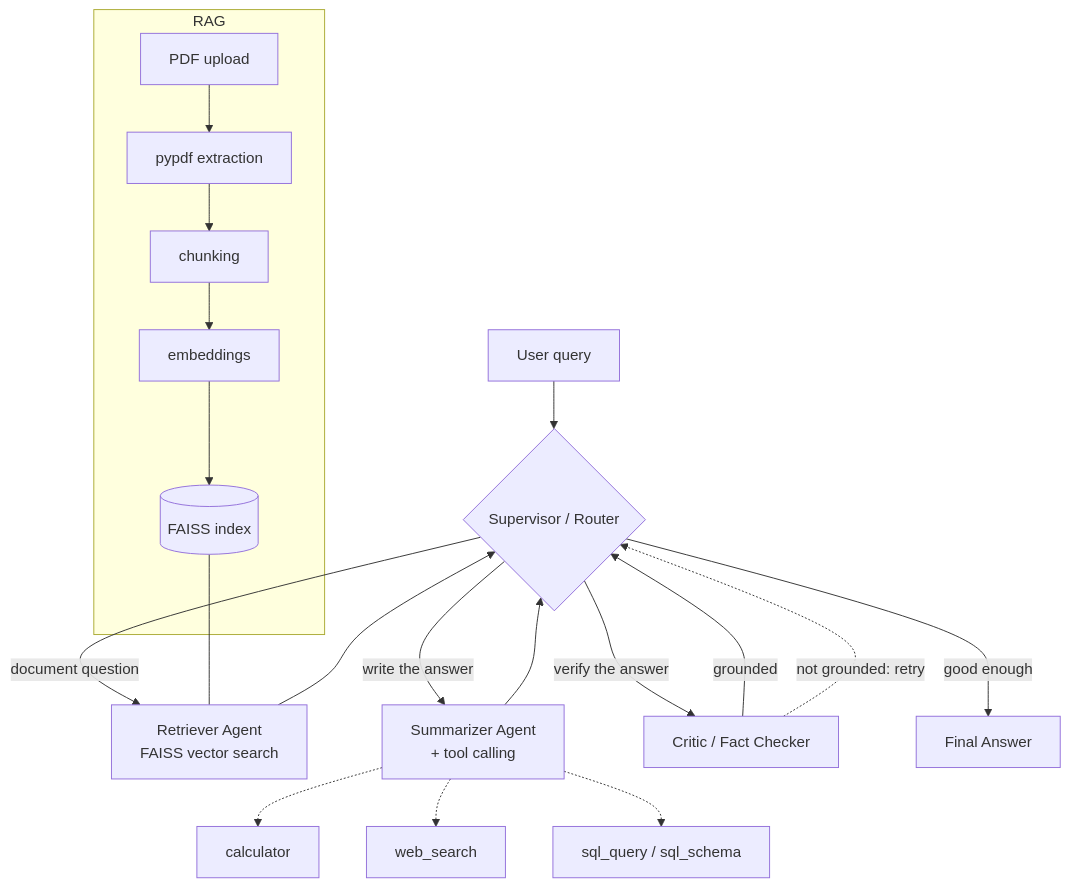
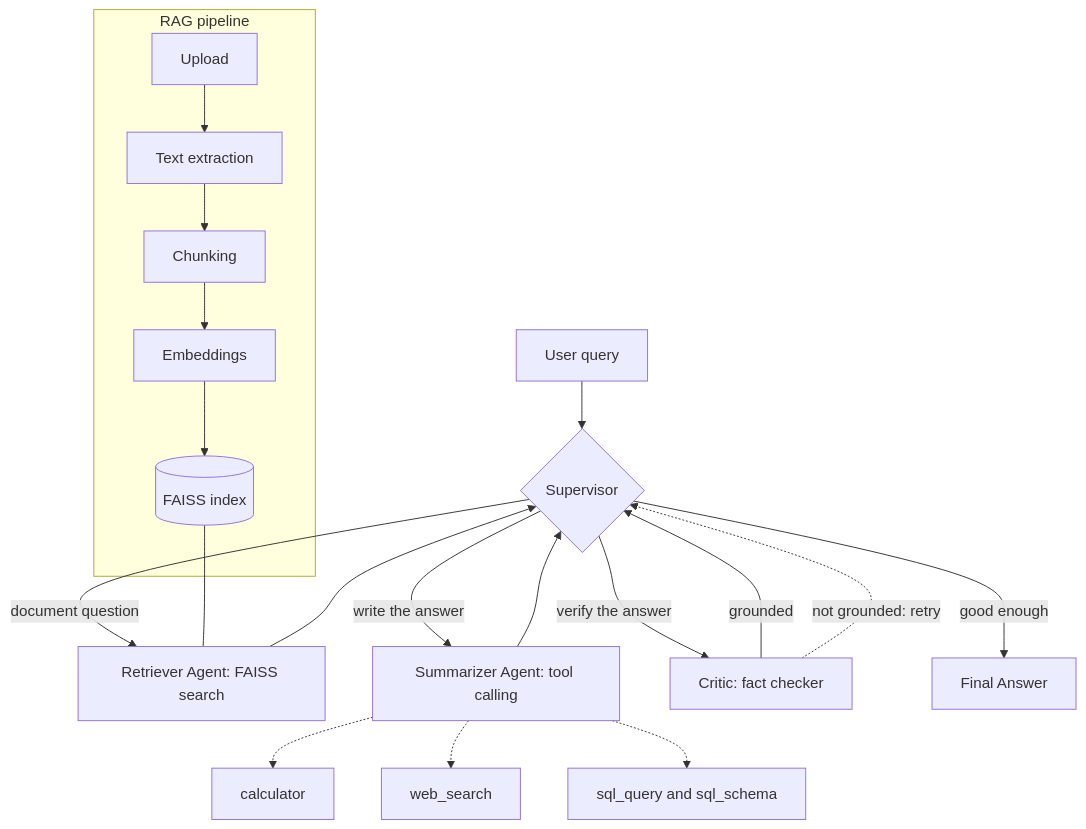
One commit to adityapal2964/Multi-Agent-Document-Intelligence-System changed the diagram in README.md. Above: the diagram before and after it, drawn with Mermaid. The commit also changed other lines of this file, not shown here.

````diff
--- a/README.md
+++ b/README.md
@@ -35,22 +26,22 @@
 ```mermaid
 flowchart TD
-    U[User query] --> S{Supervisor / Router}
-    S -->|document question| R[Retriever Agent<br/>FAISS vector search]
-    S -->|write the answer| SU[Summarizer Agent<br/>+ tool calling]
-    S -->|verify the answer| C[Critic / Fact Checker]
-    S -->|good enough| F[Final Answer]
+    U["User query"] --> S{"Supervisor"}
+    S -->|"document question"| R["Retriever Agent: FAISS search"]
+    S -->|"write the answer"| SU["Summarizer Agent: tool calling"]
+    S -->|"verify the answer"| C["Critic: fact checker"]
+    S -->|"good enough"| F["Final Answer"]
 
     R --> S
     SU --> S
-    C -->|grounded| S
-    C -.->|not grounded: retry| S
+    C -->|"grounded"| S
+    C -.->|"not grounded: retry"| S
 
-    SU -.-> T1[calculator]
-    SU -.-> T2[web_search]
-    SU -.-> T3[sql_query / sql_schema]
+    SU -.-> T1["calculator"]
+    SU -.-> T2["web_search"]
+    SU -.-> T3["sql_query and sql_schema"]
 
-    subgraph RAG
-        D[PDF upload] --> E[pypdf extraction] --> CH[chunking] --> EM[embeddings] --> VS[(FAISS index)]
+    subgraph RAG ["RAG pipeline"]
+        D["Upload"] --> E["Text extraction"] --> CH["Chunking"] --> EM["Embeddings"] --> VS[("FAISS index")]
     end
     VS --- R
 ```
````
